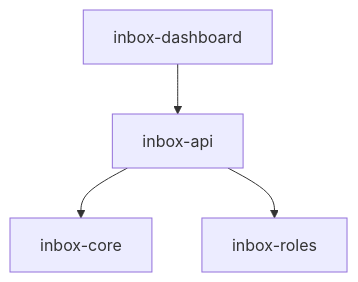
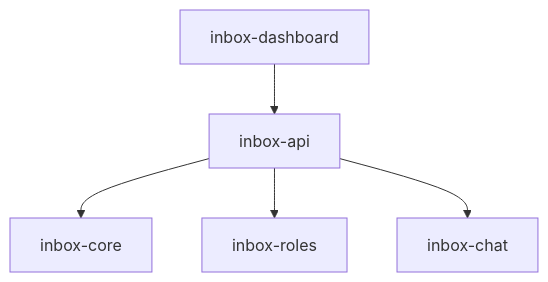
One commit to RubaXa/gennady changed the diagram in specs/agent-inbox/inbox-api/inbox-api.spec.md. Above: the diagram before and after it, drawn with Mermaid. The commit also changed other lines of this file and 62 other files, not shown here.

First line of the commit message:
feat(agent-inbox): Review Chat (inbox-chat) + real-test standard + ticket recovery

````diff
--- a/specs/agent-inbox/inbox-api/inbox-api.spec.md
+++ b/specs/agent-inbox/inbox-api/inbox-api.spec.md
@@ -200,6 +336,7 @@
 ```mermaid
 graph TD
     inbox-api --> inbox-core
     inbox-api --> inbox-roles
+    inbox-api --> inbox-chat
     inbox-dashboard --> inbox-api
 ```
````
